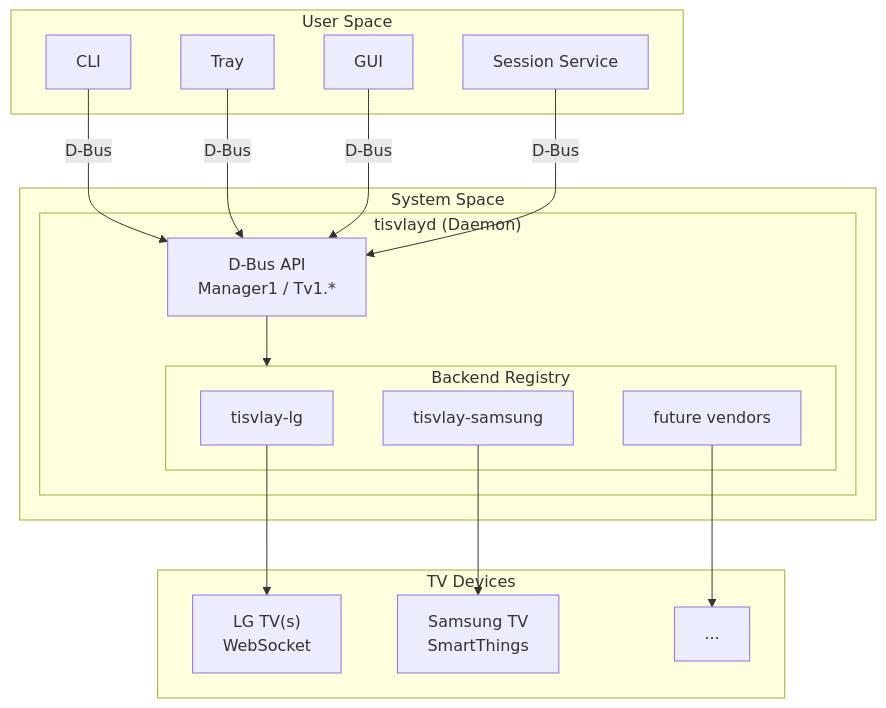
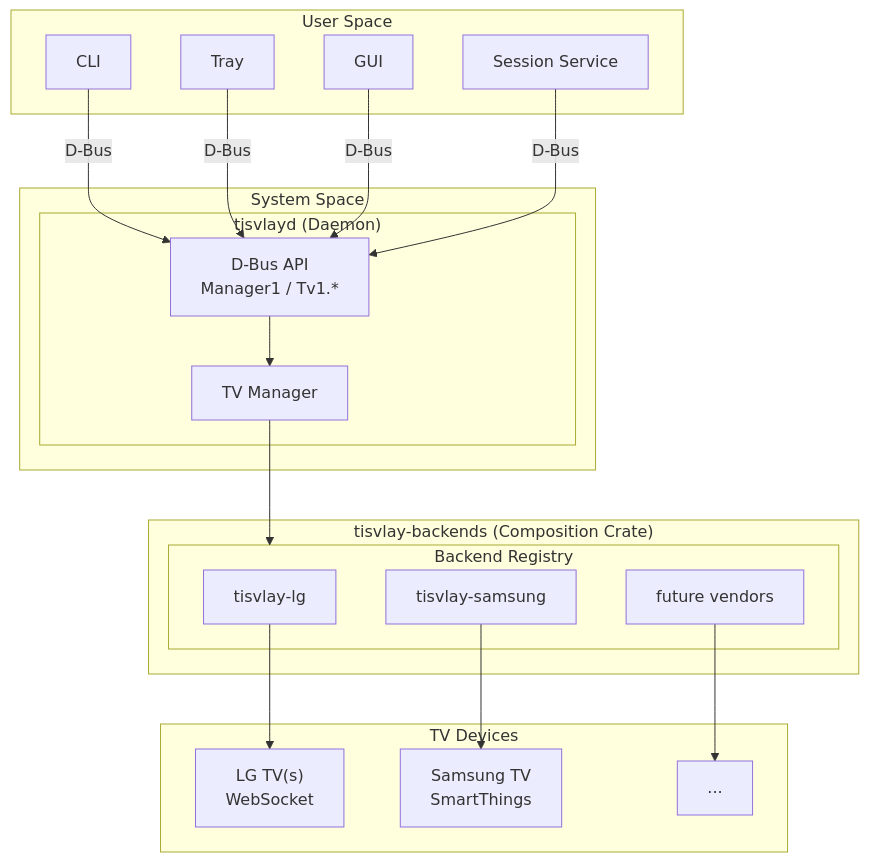
Before and after one commit to TisVlay/TisVlay: the diagram in docs/multi-vendor-design.md, drawn with Mermaid. The commit also changed other lines of this file and 17 other files, not shown here.

````diff
--- a/docs/multi-vendor-design.md
+++ b/docs/multi-vendor-design.md
@@ -68,32 +87,37 @@
 ```mermaid
 flowchart TB
     subgraph UserSpace["User Space"]
         CLI[CLI]
         Tray[Tray]
         GUI[GUI]
         Session[Session Service]
     end
 
+    subgraph Backends["tisvlay-backends (Composition Crate)"]
+        subgraph Registry["Backend Registry"]
+            LgBackend[tisvlay-lg]
+            SamsungBackend[tisvlay-samsung]
+            FutureBackend[future vendors]
+        end
+    end
+
     subgraph SystemSpace["System Space"]
         subgraph Daemon["tisvlayd (Daemon)"]
             DBusAPI["D-Bus API<br/>Manager1 / Tv1.*"]
-            subgraph Registry["Backend Registry"]
-                LgBackend[tisvlay-lg]
-                SamsungBackend[tisvlay-samsung]
-                FutureBackend[future vendors]
-            end
+            TvManager["TV Manager"]
         end
     end
 
     subgraph Devices["TV Devices"]
         LgTV["LG TV(s)<br/>WebSocket"]
         SamsungTV["Samsung TV<br/>SmartThings"]
         OtherTV["..."]
     end
 
     CLI & Tray & GUI & Session -->|D-Bus| DBusAPI
-    DBusAPI --> Registry
+    DBusAPI --> TvManager
+    TvManager --> Registry
     LgBackend --> LgTV
     SamsungBackend --> SamsungTV
     FutureBackend --> OtherTV
 ```
````
